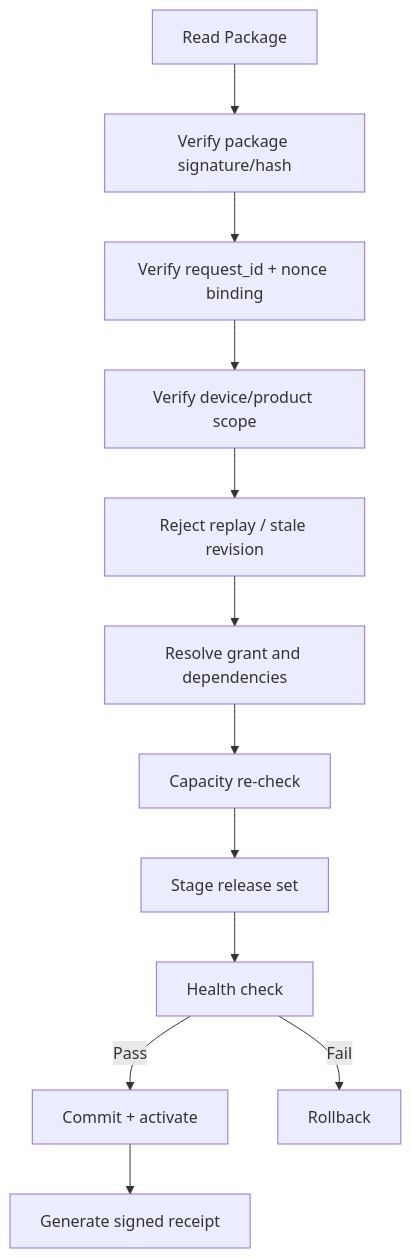
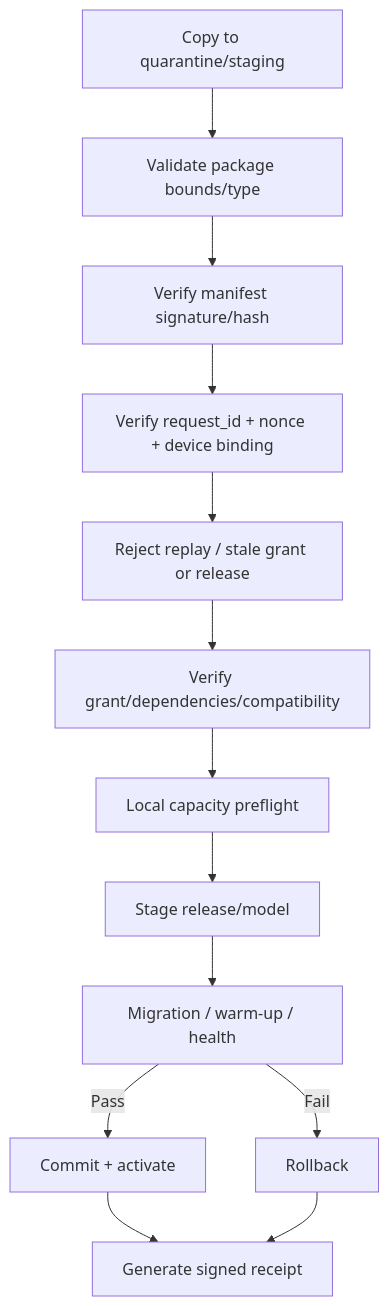
The diagram in docs/edge/offline-workflows.md (Niranjan1005/lms), drawn with Mermaid before and after one commit. The commit also changed other lines of this file, not shown here.

```diff
--- a/docs/edge/offline-workflows.md
+++ b/docs/edge/offline-workflows.md
@@ -27,14 +32,15 @@
 ~~~mermaid
 flowchart TD
-    A[Read Package] --> B[Verify package signature/hash]
-    B --> C[Verify request_id + nonce binding]
-    C --> D[Verify device/product scope]
-    D --> E[Reject replay / stale revision]
-    E --> F[Resolve grant and dependencies]
-    F --> G[Capacity re-check]
-    G --> H[Stage release set]
-    H --> I[Health check]
+    A[Copy to quarantine/staging] --> B[Validate package bounds/type]
+    B --> C[Verify manifest signature/hash]
+    C --> D[Verify request_id + nonce + device binding]
+    D --> E[Reject replay / stale grant or release]
+    E --> F[Verify grant/dependencies/compatibility]
+    F --> G[Local capacity preflight]
+    G --> H[Stage release/model]
+    H --> I[Migration / warm-up / health]
     I -->|Pass| J[Commit + activate]
     I -->|Fail| K[Rollback]
     J --> L[Generate signed receipt]
+    K --> L
 ~~~
```
